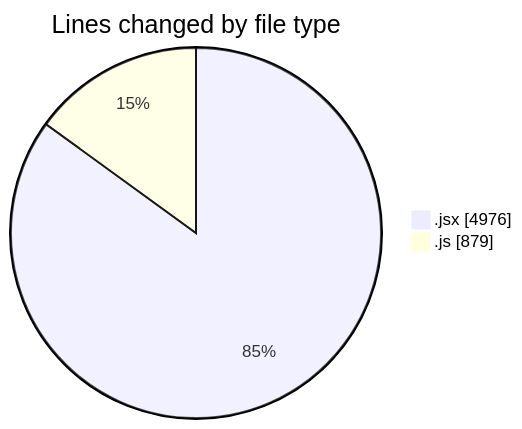
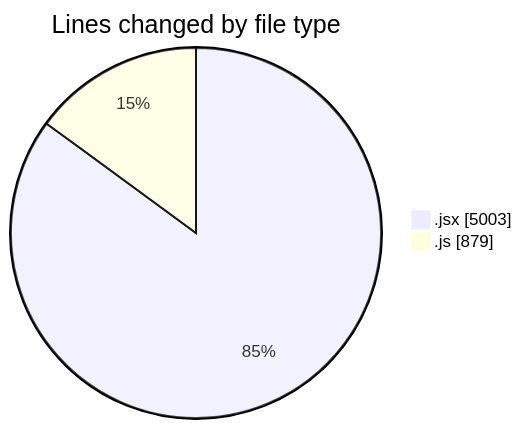
One commit to nxtqubesakshisongat/code-tracking changed the first of 2 diagrams in 2025-07-21/nxtqube_webapp/README.md. Above: the diagram before and after it, drawn with Mermaid. The commit also changed other lines of this file and 1 other file, not shown here.

````diff
--- a/2025-07-21/nxtqube_webapp/README.md
+++ b/2025-07-21/nxtqube_webapp/README.md
@@ -28,6 +28,6 @@
 ```mermaid
 pie showData
 title Lines changed by file type
-".jsx" : 4976
+".jsx" : 5003
 ".js" : 879
 ```
````
